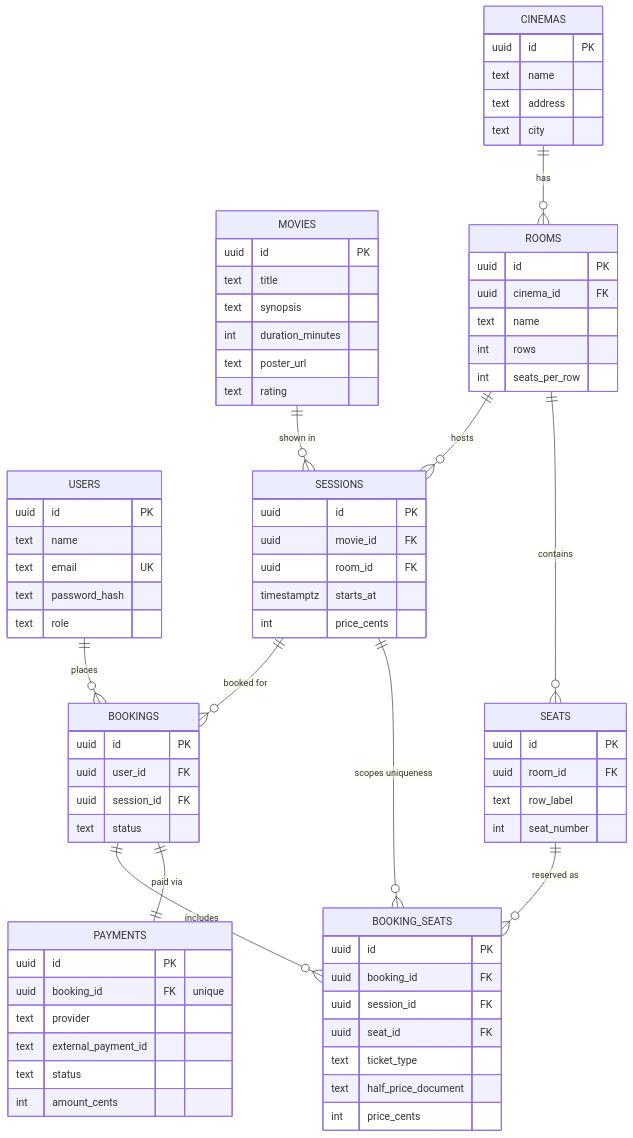
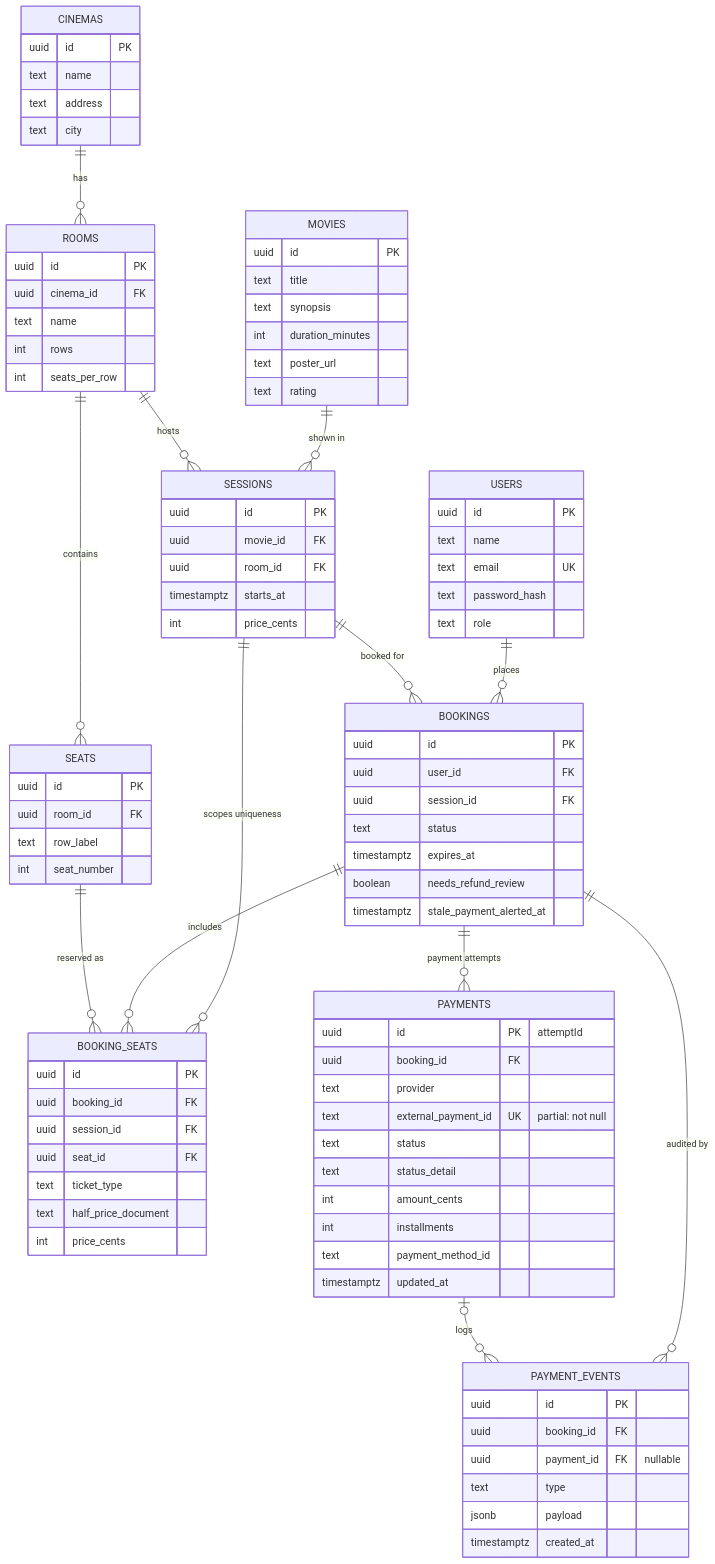
One commit to D4rkM/movietickets changed the diagram in docs/schema-erd.mmd. Above: the diagram before and after it, drawn with Mermaid. The commit also changed 14 other files, not shown here.

```diff
--- a/docs/schema-erd.mmd
+++ b/docs/schema-erd.mmd
@@ -1,76 +1,93 @@
 erDiagram
     USERS ||--o{ BOOKINGS : places
     MOVIES ||--o{ SESSIONS : "shown in"
     CINEMAS ||--o{ ROOMS : has
     ROOMS ||--o{ SESSIONS : hosts
     ROOMS ||--o{ SEATS : contains
     SESSIONS ||--o{ BOOKINGS : "booked for"
     SESSIONS ||--o{ BOOKING_SEATS : "scopes uniqueness"
     BOOKINGS ||--o{ BOOKING_SEATS : includes
     SEATS ||--o{ BOOKING_SEATS : "reserved as"
-    BOOKINGS ||--|| PAYMENTS : "paid via"
+    BOOKINGS ||--o{ PAYMENTS : "payment attempts"
+    BOOKINGS ||--o{ PAYMENT_EVENTS : "audited by"
+    PAYMENTS |o--o{ PAYMENT_EVENTS : "logs"
 
     USERS {
         uuid id PK
         text name
         text email UK
         text password_hash
         text role
     }
     MOVIES {
         uuid id PK
         text title
         text synopsis
         int duration_minutes
         text poster_url
         text rating
     }
     CINEMAS {
         uuid id PK
         text name
         text address
         text city
     }
     ROOMS {
         uuid id PK
         uuid cinema_id FK
         text name
         int rows
         int seats_per_row
     }
     SEATS {
         uuid id PK
         uuid room_id FK
         text row_label
         int seat_number
     }
     SESSIONS {
         uuid id PK
         uuid movie_id FK
         uuid room_id FK
         timestamptz starts_at
         int price_cents
     }
     BOOKINGS {
         uuid id PK
         uuid user_id FK
         uuid session_id FK
         text status
+        timestamptz expires_at
+        boolean needs_refund_review
+        timestamptz stale_payment_alerted_at
     }
     BOOKING_SEATS {
         uuid id PK
         uuid booking_id FK
         uuid session_id FK
         uuid seat_id FK
         text ticket_type
         text half_price_document
         int price_cents
     }
     PAYMENTS {
+        uuid id PK "attemptId"
+        uuid booking_id FK
+        text provider
+        text external_payment_id UK "partial: not null"
+        text status
+        text status_detail
+        int amount_cents
+        int installments
+        text payment_method_id
+        timestamptz updated_at
+    }
+    PAYMENT_EVENTS {
         uuid id PK
-        uuid booking_id FK "unique"
-        text provider
-        text external_payment_id
-        text status
-        int amount_cents
+        uuid booking_id FK
+        uuid payment_id FK "nullable"
+        text type
+        jsonb payload
+        timestamptz created_at
     }
```
